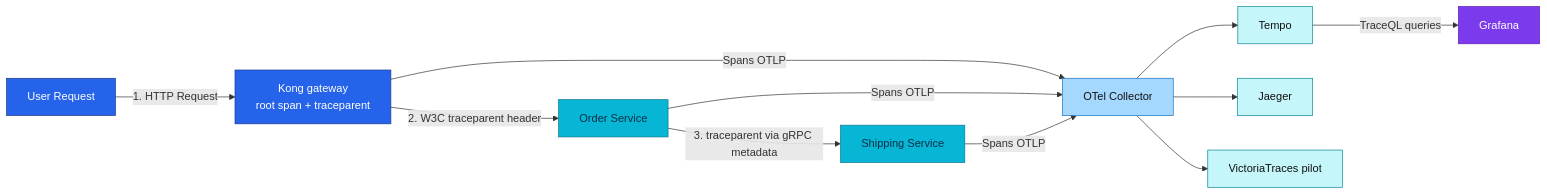
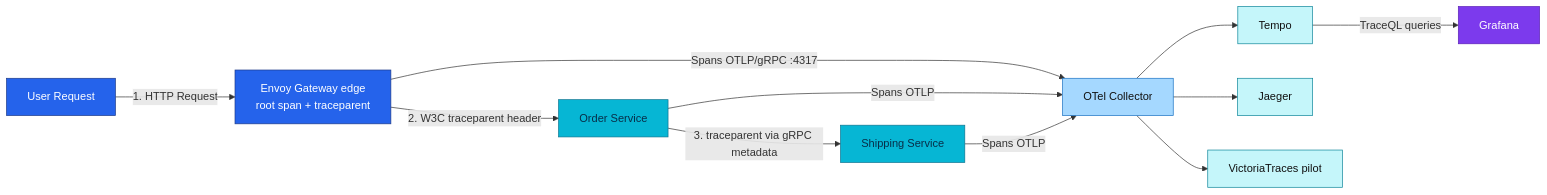
One commit to duynhlab/homelab changed the diagram in docs/observability/tracing/README.md. Above: the diagram before and after it, drawn with Mermaid. The commit also changed other lines of this file and 30 other files, not shown here.

````diff
--- a/docs/observability/tracing/README.md
+++ b/docs/observability/tracing/README.md
@@ -77,27 +77,27 @@
 ```mermaid
 flowchart LR
-    A[User Request] -->|1. HTTP Request| K[Kong gateway<br/>root span + traceparent]
+    A[User Request] -->|1. HTTP Request| K[Envoy Gateway edge<br/>root span + traceparent]
     K -->|2. W3C traceparent header| C[Order Service]
     C -->|3. traceparent via gRPC metadata| D[Shipping Service]
 
-    K -->|Spans OTLP| O[OTel Collector]
+    K -->|Spans OTLP/gRPC :4317| O[OTel Collector]
     C -->|Spans OTLP| O
     D -->|Spans OTLP| O
 
     O --> E[Tempo]
     O --> J[Jaeger]
     O --> V[VictoriaTraces pilot]
 
     E -->|TraceQL queries| F[Grafana]
 
     classDef edge fill:#2563eb,color:#fff,stroke:#1e3a8a;
     classDef service fill:#06b6d4,color:#082f49,stroke:#0e7490;
     classDef platform fill:#7c3aed,color:#fff,stroke:#5b21b6;
     classDef trace fill:#c5f6fa,color:#111,stroke:#0c8599;
     classDef collector fill:#a5d8ff,color:#111,stroke:#1971c2;
     class A,K edge;
     class C,D service;
     class O collector;
     class E,J,V trace;
     class F platform;
 ```
````
